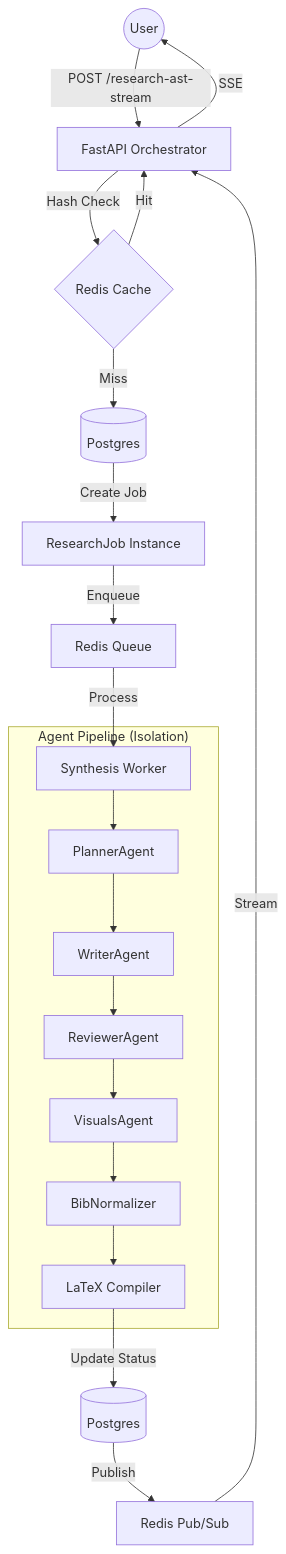
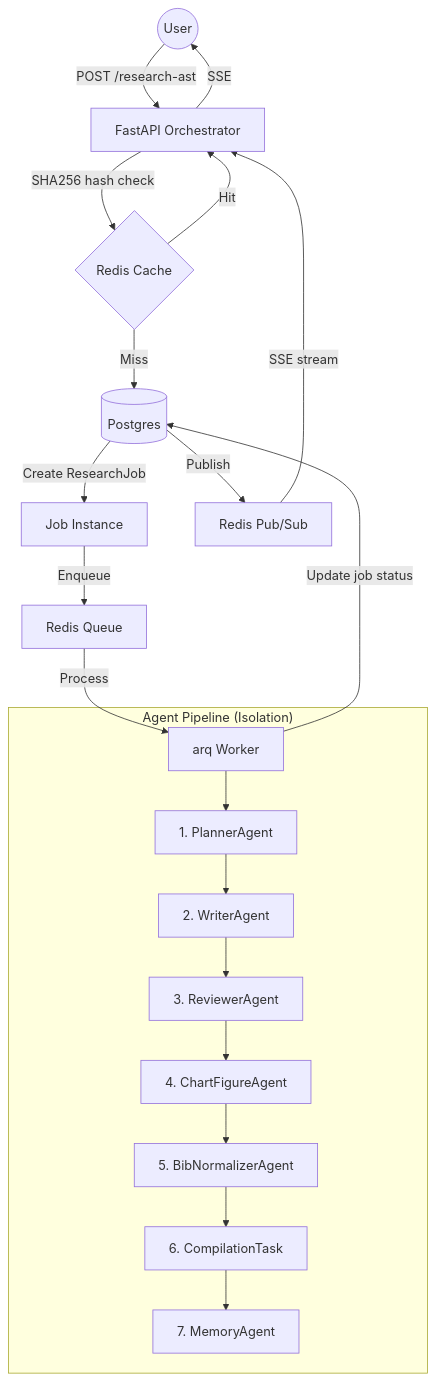
The diagram in docs/developer/research-synthesis.md (zakaur-rahman/Rabbit-Hole-OS), drawn with Mermaid before and after one commit. The commit also changed other lines of this file and 5 other files, not shown here.

Commit message:
docs: Add comprehensive documentation for the research synthesis engine and update the main README with a detailed project overview and quick start guide.

````diff
--- a/docs/developer/research-synthesis.md
+++ b/docs/developer/research-synthesis.md
@@ -9,24 +11,25 @@
 ```mermaid
 graph TD
-    User((User)) -->|POST /research-ast-stream| API[FastAPI Orchestrator]
-    API -->|Hash Check| RedisCache{Redis Cache}
+    User((User)) -->|POST /research-ast| API[FastAPI Orchestrator]
+    API -->|SHA256 hash check| RedisCache{Redis Cache}
     RedisCache -- Hit --> API
     RedisCache -- Miss --> DB[(Postgres)]
-    DB -->|Create Job| Job[ResearchJob Instance]
+    DB -->|Create ResearchJob| Job[Job Instance]
     Job -->|Enqueue| Q[Redis Queue]
-    Q -->|Process| Worker[Synthesis Worker]
-    
+    Q -->|Process| Worker[arq Worker]
+
     subgraph "Agent Pipeline (Isolation)"
-        Worker --> P[PlannerAgent]
-        P --> W[WriterAgent]
-        W --> R[ReviewerAgent]
-        R --> V[VisualsAgent]
-        V --> B[BibNormalizer]
-        B --> C[LaTeX Compiler]
+        Worker --> P[1. PlannerAgent]
+        P --> W[2. WriterAgent]
+        W --> R[3. ReviewerAgent]
+        R --> C[4. ChartFigureAgent]
+        C --> B[5. BibNormalizerAgent]
+        B --> Comp[6. CompilationTask]
+        Comp --> M[7. MemoryAgent]
     end
-    
-    C -->|Update Status| LocalDB[(Postgres)]
-    LocalDB -->|Publish| PubSub[Redis Pub/Sub]
-    PubSub -->|Stream| API
+
+    Worker -->|Update job status| DB
+    DB -->|Publish| PubSub[Redis Pub/Sub]
+    PubSub -->|SSE stream| API
     API -->|SSE| User
 ```
````
